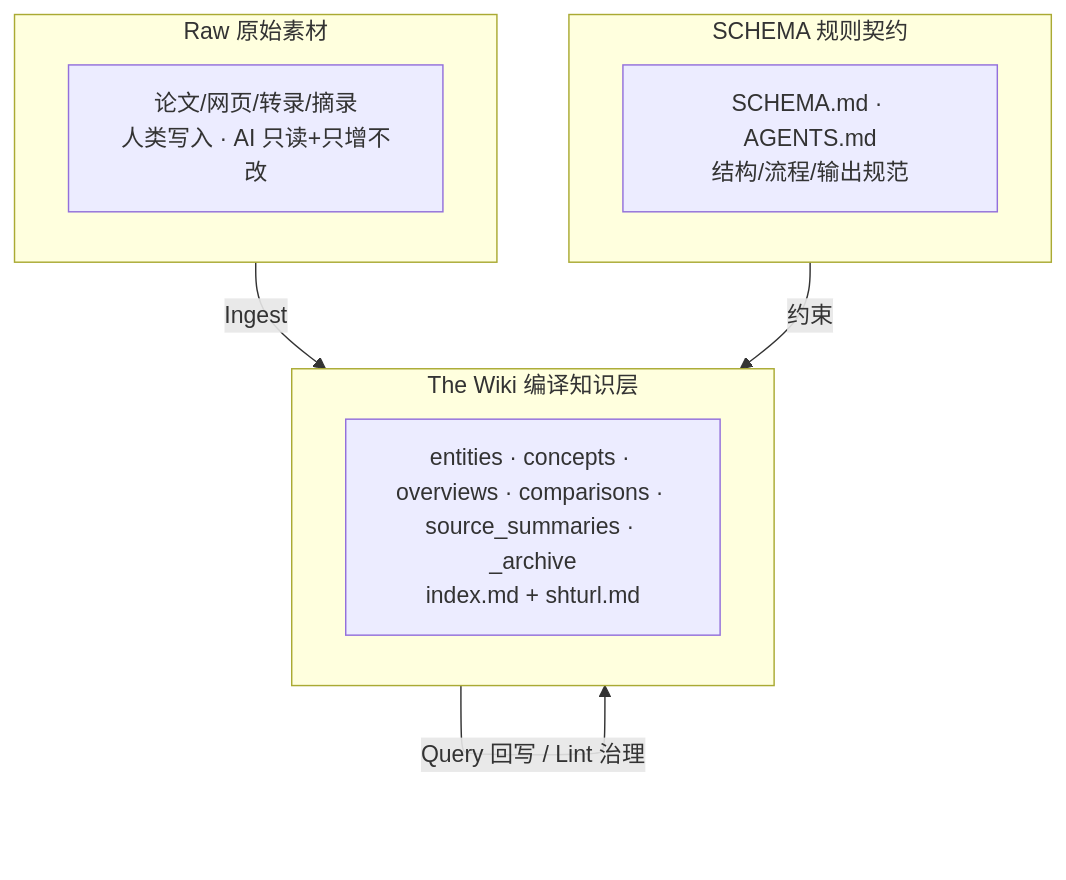
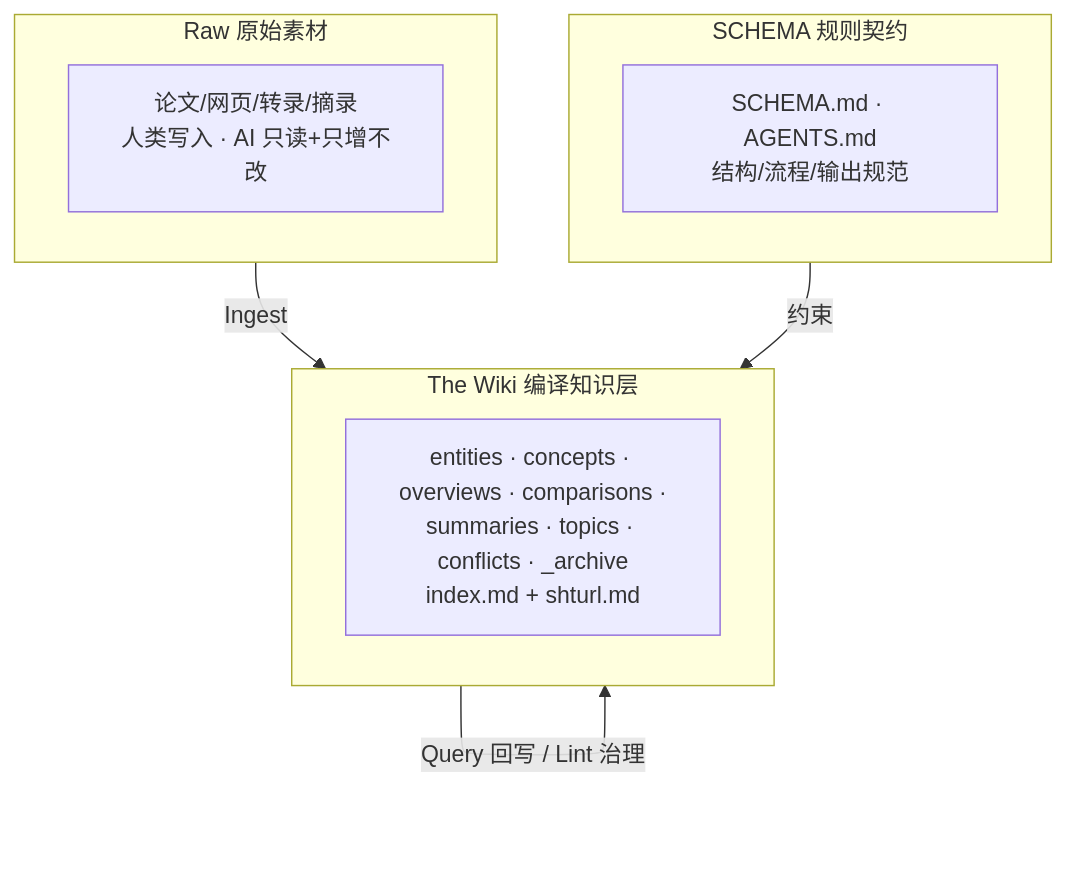
The diagram in wiki/entities/LLM-Wiki框架.md (Topskys/llm-wiki), drawn with Mermaid before and after one commit. The commit also changed other lines of this file and 21 other files, not shown here.

````diff
--- a/wiki/entities/LLM-Wiki框架.md
+++ b/wiki/entities/LLM-Wiki框架.md
@@ -14,15 +14,15 @@
 ```mermaid
 flowchart TB
     subgraph RAW["Raw 原始素材"]
         R1["论文/网页/转录/摘录<br/>人类写入 · AI 只读+只增不改"]
     end
     subgraph WIKI["The Wiki 编译知识层"]
-        W1["entities · concepts · overviews · comparisons · source_summaries · _archive<br/>index.md + shturl.md"]
+        W1["entities · concepts · overviews · comparisons ·<br/>summaries · topics · conflicts · _archive<br/>index.md + shturl.md"]
     end
     subgraph SCHEMA["SCHEMA 规则契约"]
         S1["SCHEMA.md · AGENTS.md<br/>结构/流程/输出规范"]
     end
     RAW -->|"Ingest"| WIKI
     SCHEMA -->|"约束"| WIKI
     WIKI -->|"Query 回写 / Lint 治理"| WIKI
 ```
````
